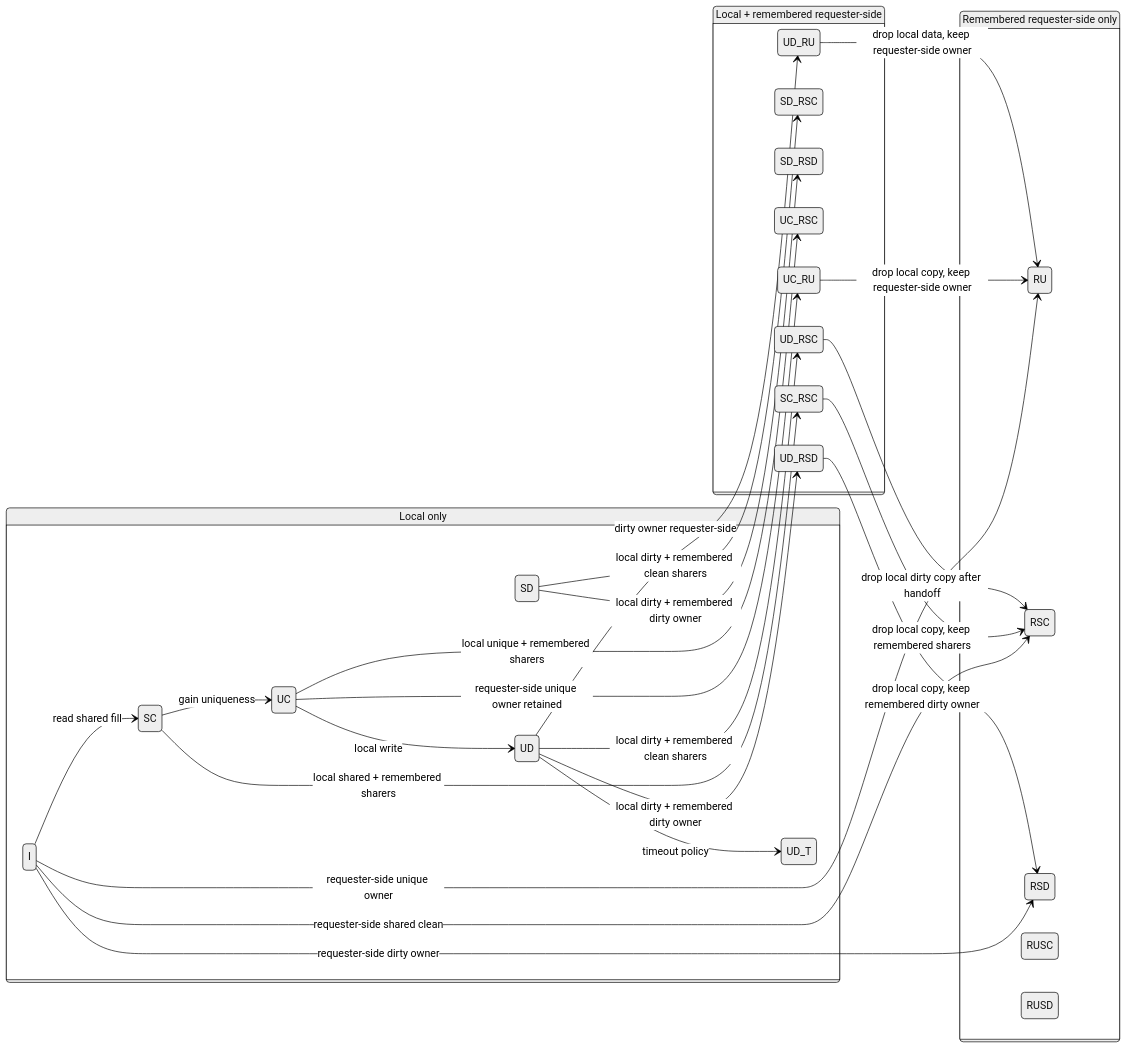
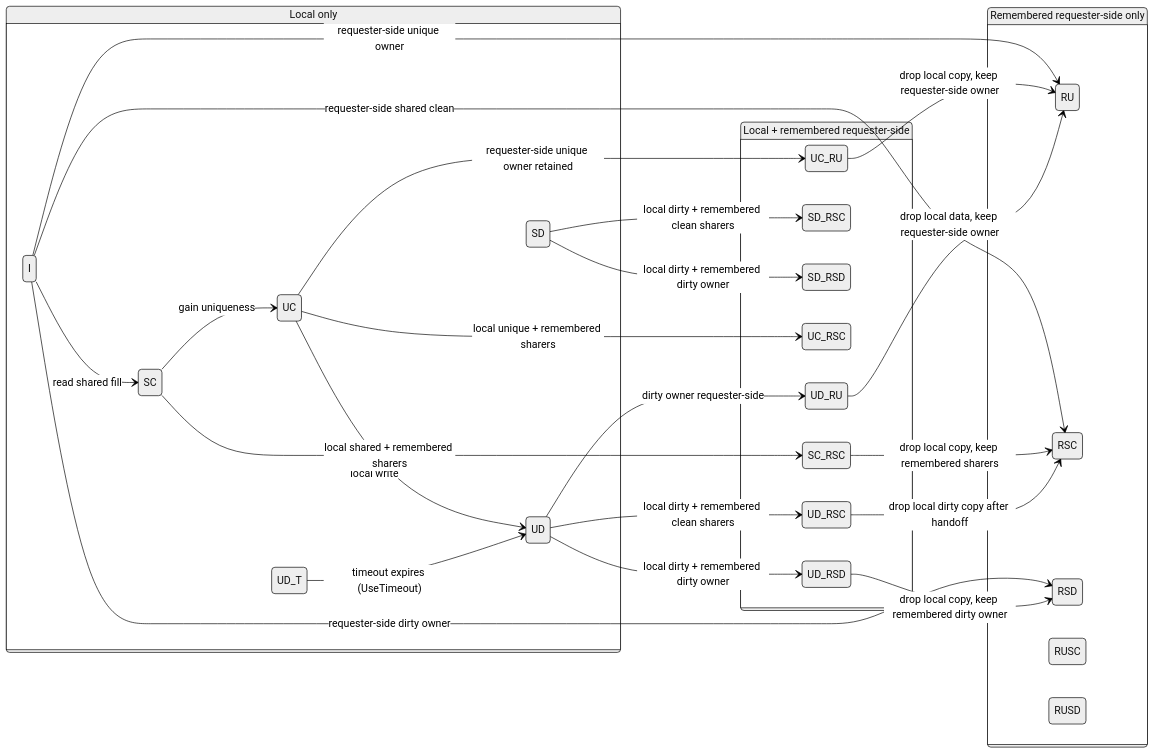
The second of 2 diagrams in ruby-book/slides/CHIStates.md (ripopov/gem5), drawn with Mermaid (neutral theme) before and after one commit. The commit also changed other lines of this file and 3 other files, not shown here.

````diff
--- a/ruby-book/slides/CHIStates.md
+++ b/ruby-book/slides/CHIStates.md
@@ -85,56 +85,56 @@
 ```mermaid
 stateDiagram-v2
     direction LR
 
     state "Local only" as LOCAL {
         I
         SC
         UC
         SD
         UD
         UD_T
     }
 
     state "Remembered requester-side only" as REM {
         RU
         RSC
         RSD
         RUSC
         RUSD
     }
 
     state "Local + remembered requester-side" as MIXED {
         SC_RSC
         SD_RSC
         SD_RSD
         UC_RSC
         UC_RU
         UD_RU
         UD_RSD
         UD_RSC
     }
 
     I --> SC: read shared fill
     SC --> UC: gain uniqueness
     UC --> UD: local write
-    UD --> UD_T: timeout policy
+    UD_T --> UD: timeout expires (UseTimeout)
 
     I --> RU: requester-side unique owner
     I --> RSC: requester-side shared clean
     I --> RSD: requester-side dirty owner
 
     SC --> SC_RSC: local shared + remembered sharers
     SD --> SD_RSC: local dirty + remembered clean sharers
     SD --> SD_RSD: local dirty + remembered dirty owner
     UC --> UC_RSC: local unique + remembered sharers
     UC --> UC_RU: requester-side unique owner retained
     UD --> UD_RU: dirty owner requester-side
     UD --> UD_RSD: local dirty + remembered dirty owner
     UD --> UD_RSC: local dirty + remembered clean sharers
 
     SC_RSC --> RSC: drop local copy, keep remembered sharers
     UC_RU --> RU: drop local copy, keep requester-side owner
     UD_RU --> RU: drop local data, keep requester-side owner
     UD_RSC --> RSC: drop local dirty copy after handoff
     UD_RSD --> RSD: drop local copy, keep remembered dirty owner
 ```
````
